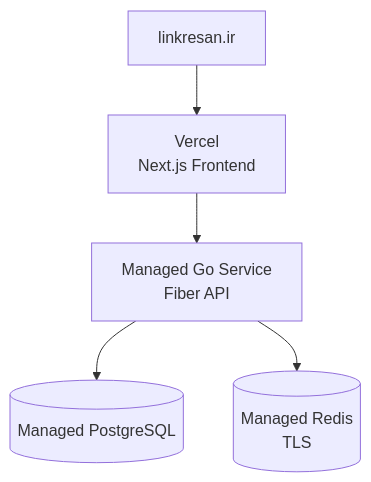
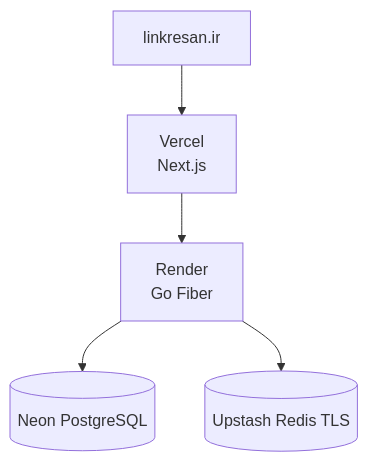
One commit to AmirMotefaker/LinkResan changed the seventh of 7 diagrams in README.md. Above: the diagram before and after it, drawn with Mermaid. The commit also changed other lines of this file, not shown here.

````diff
--- a/README.md
+++ b/README.md
@@ -991,7 +1168,7 @@
 ```mermaid
 flowchart TB
-    DOMAIN["linkresan.ir"] --> WEB["Vercel<br/>Next.js Frontend"]
-    WEB --> API["Managed Go Service<br/>Fiber API"]
-    API --> PG[("Managed PostgreSQL")]
-    API --> RD[("Managed Redis<br/>TLS")]
+    DOMAIN["linkresan.ir"] --> WEB["Vercel<br/>Next.js"]
+    WEB --> API["Render<br/>Go Fiber"]
+    API --> PG[("Neon PostgreSQL")]
+    API --> RD[("Upstash Redis TLS")]
 ```
````
